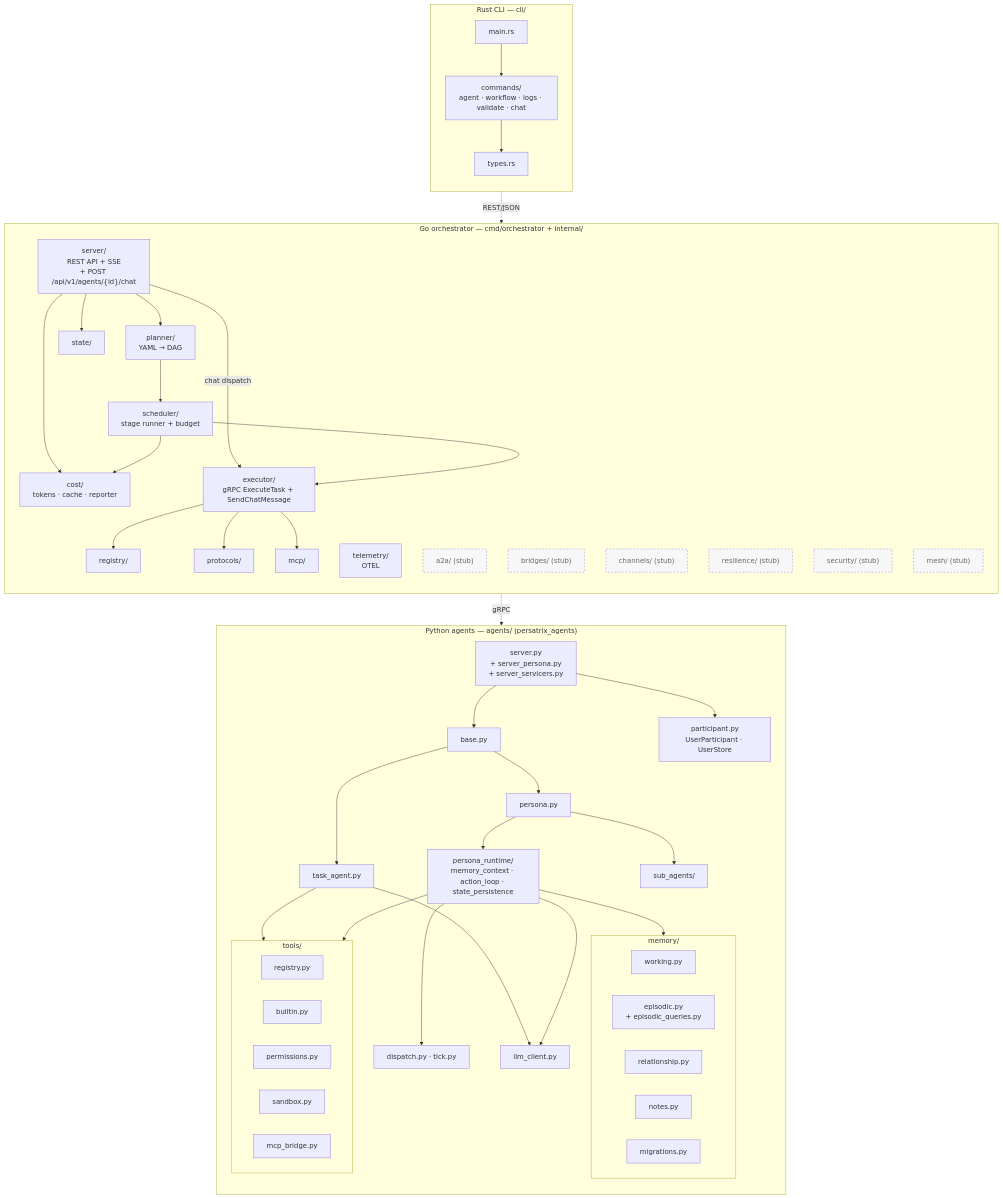
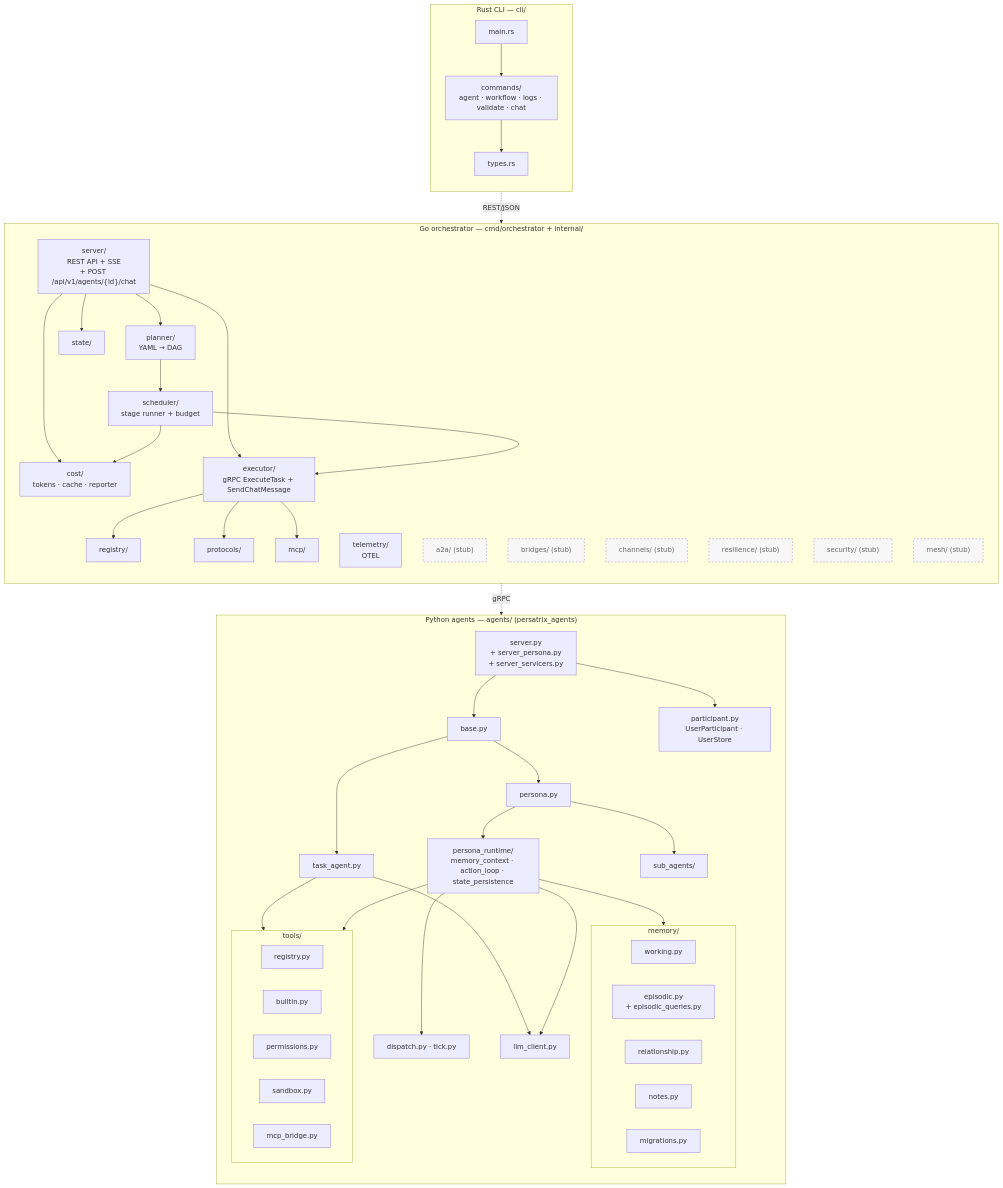
The diagram in docs/diagrams/component-architecture.md (mkhomutov/Persatrix), drawn with Mermaid before and after one commit. The commit also changed other lines of this file, not shown here.

First line of the commit message:
docs(diagrams): fix component-architecture mermaid render error

```diff
--- a/docs/diagrams/component-architecture.md
+++ b/docs/diagrams/component-architecture.md
@@ -38,7 +38,7 @@
         SERVER --> PLANNER
         SERVER --> STATE
         SERVER --> COST
-        SERVER -->|chat dispatch| EXECUTOR
+        SERVER --> EXECUTOR
         PLANNER --> SCHEDULER
         SCHEDULER --> EXECUTOR
         SCHEDULER --> COST
```
